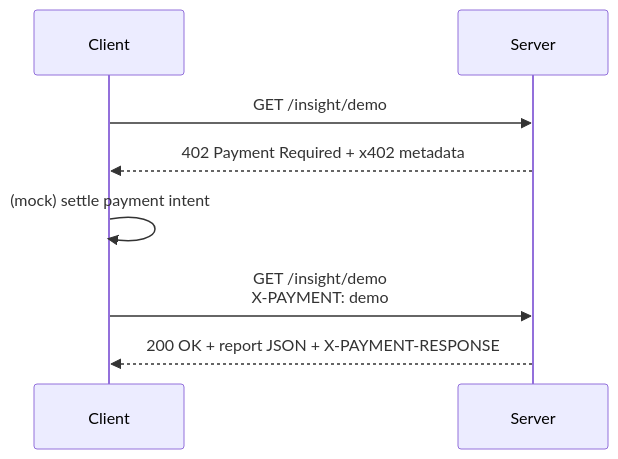
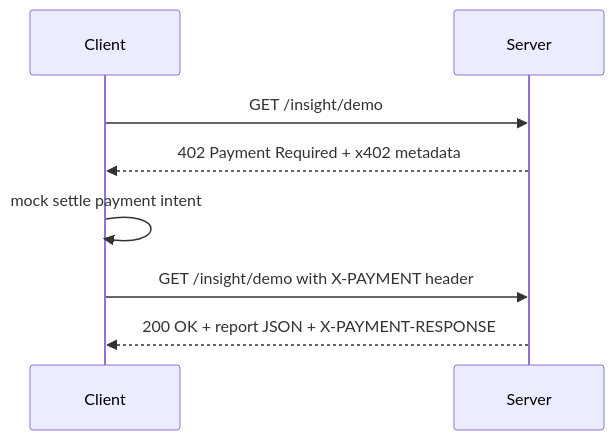
The third of 3 diagrams in README.md (aitrailblazer/zk-llm-verifier-eth), drawn with Mermaid before and after one commit.

Commit message:
diagrams

````diff
--- a/README.md
+++ b/README.md
@@ -119,10 +119,10 @@
 ```mermaid
 sequenceDiagram
     participant Client
     participant Server
     Client->>Server: GET /insight/demo
     Server-->>Client: 402 Payment Required + x402 metadata
-    Client->>Client: (mock) settle payment intent
-    Client->>Server: GET /insight/demo<br/>X-PAYMENT: demo
+    Client->>Client: mock settle payment intent
+    Client->>Server: GET /insight/demo with X-PAYMENT header
     Server-->>Client: 200 OK + report JSON + X-PAYMENT-RESPONSE
 ```
````
